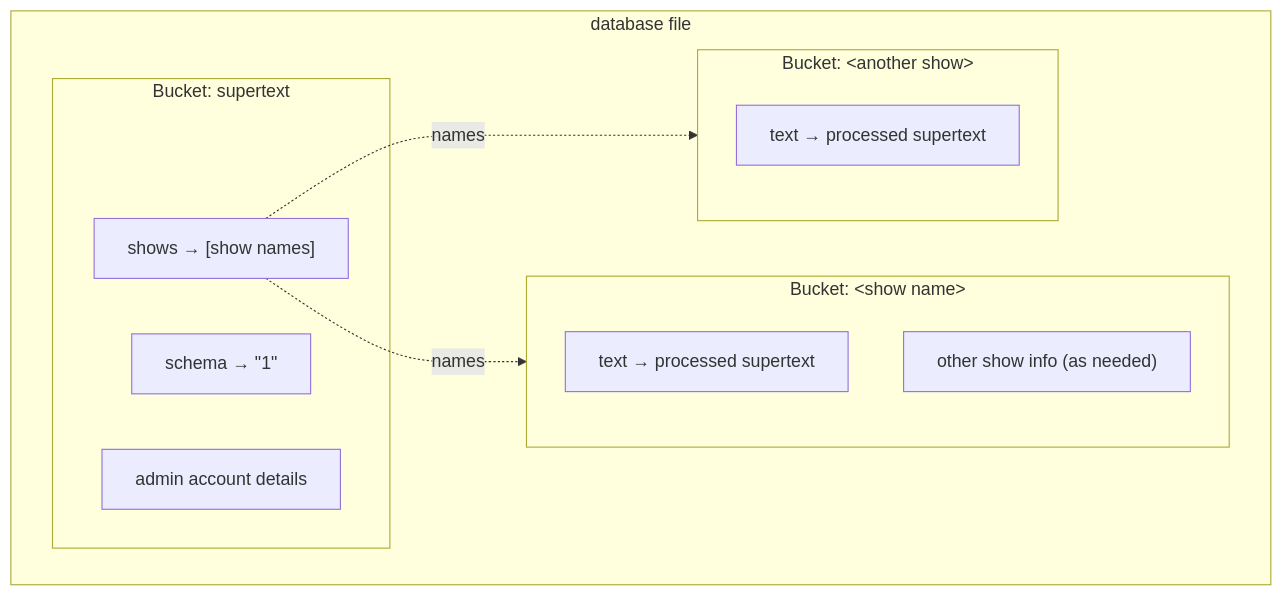
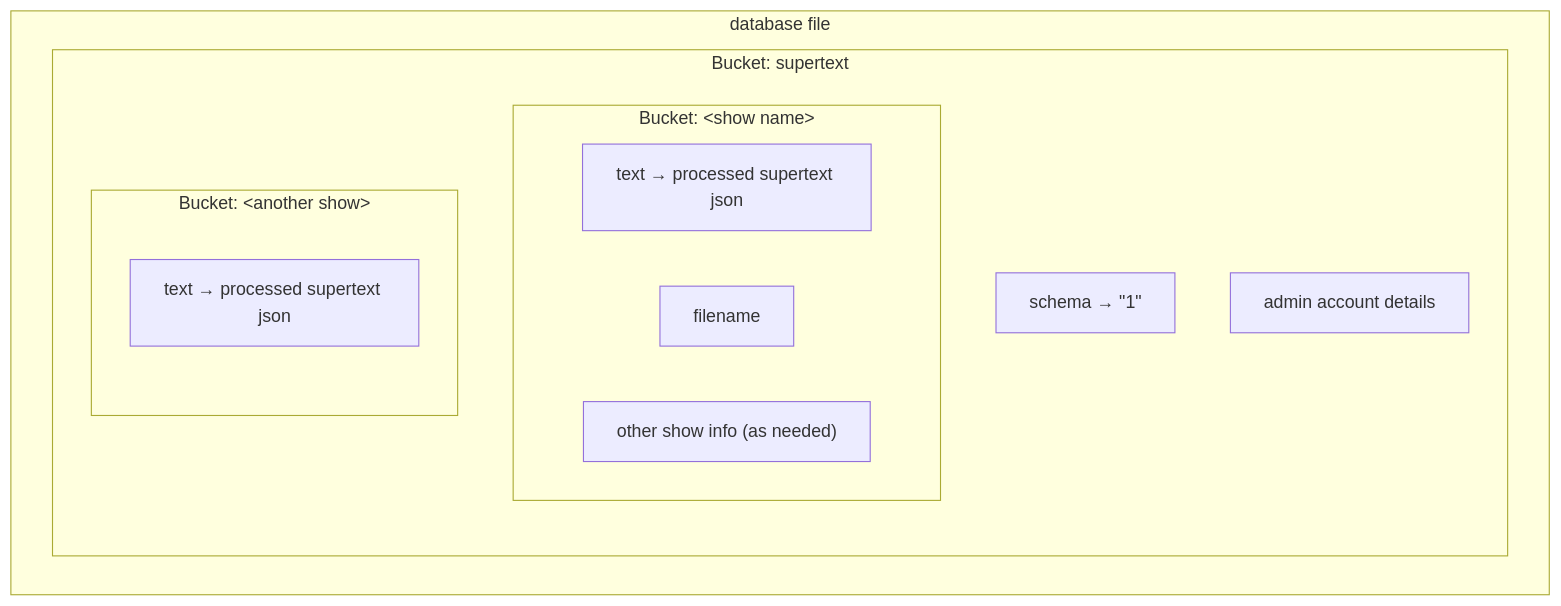
The third of 3 diagrams in docs/design.md (POGO-Supertext-Capstone/Supertext), drawn with Mermaid before and after one commit. The commit also changed other lines of this file, not shown here.

Commit message:
design: fix design drift and documents

````diff
--- a/docs/design.md
+++ b/docs/design.md
@@ -228,20 +228,18 @@
 ```mermaid
 flowchart LR
     subgraph DBFILE["database file"]
         direction LR
         subgraph ST["Bucket: supertext"]
             S1["schema → #quot;1#quot;"]
-            S2["shows → [show names]"]
-            S3["admin account details"]
-        end
-        subgraph SH1["Bucket: #lt;show name#gt;"]
-            T1["text → processed supertext"]
-            O1["other show info (as needed)"]
-        end
-        subgraph SH2["Bucket: #lt;another show#gt;"]
-            T2["text → processed supertext"]
+            S2["admin account details"]
+            subgraph SH1["Bucket: #lt;show name#gt;"]
+                T1["text → processed supertext json"]
+                T3["filename"]
+                O1["other show info (as needed)"]
+            end
+            subgraph SH2["Bucket: #lt;another show#gt;"]
+                T2["text → processed supertext json"]
+            end
         end
     end
-    S2 -. "names" .-> SH1
-    S2 -. "names" .-> SH2
 ```
````
